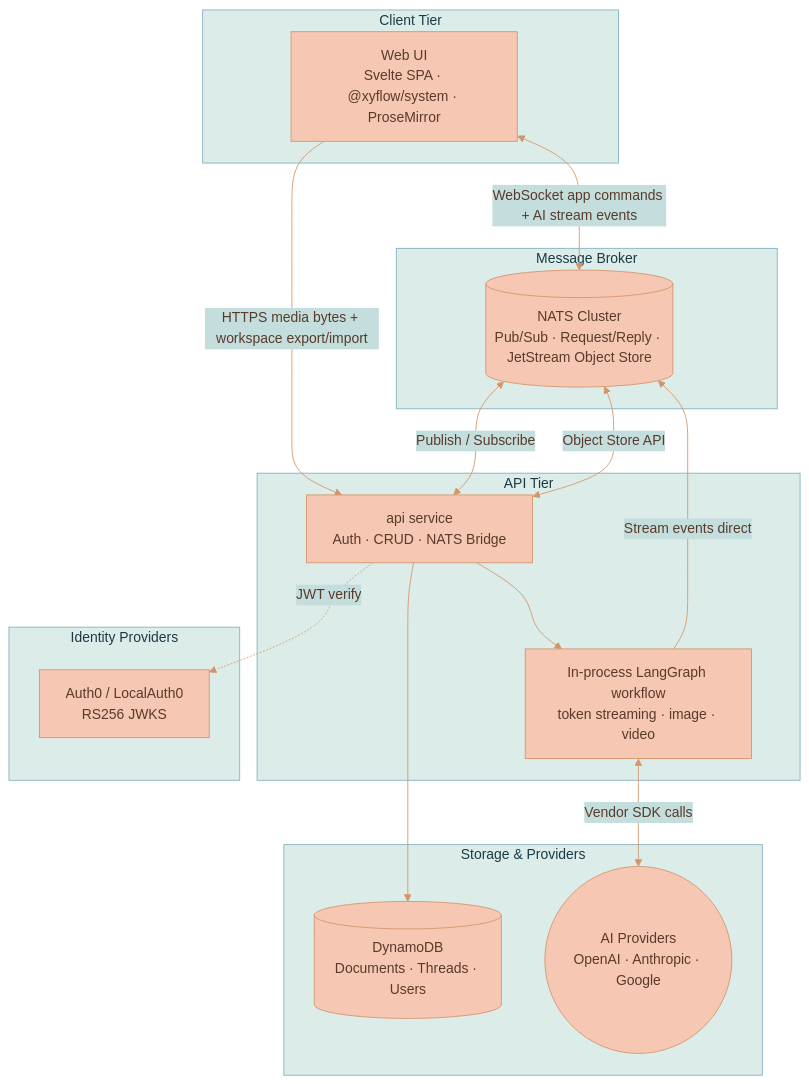
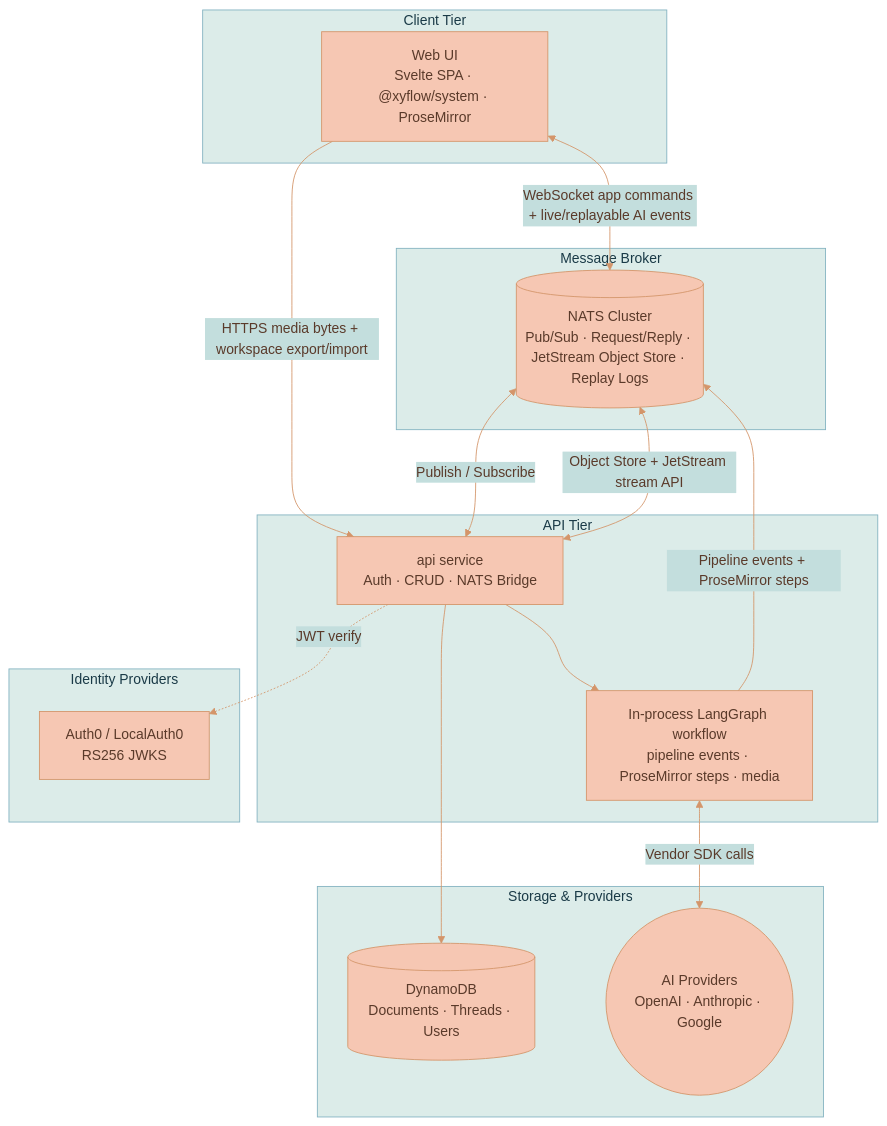
The first of 2 diagrams in documentation/platform/SYSTEM-ARCHITECTURE.md (Lixpi/lixpi), drawn with Mermaid before and after one commit. The commit also changed other lines of this file and 61 other files, not shown here.

Commit message:
LIX-283 # bug fixing for restoring stream from JetStream, documentation and tests

````diff
--- a/documentation/platform/SYSTEM-ARCHITECTURE.md
+++ b/documentation/platform/SYSTEM-ARCHITECTURE.md
@@ -39,35 +39,35 @@
 ```mermaid
 %%{init: {'theme': 'base', 'themeVariables': { 'primaryColor': '#F6C7B3', 'primaryTextColor': '#5a3a2a', 'primaryBorderColor': '#d4956a', 'secondaryColor': '#C3DEDD', 'secondaryTextColor': '#1a3a47', 'secondaryBorderColor': '#4a8a9d', 'tertiaryColor': '#DCECE9', 'tertiaryTextColor': '#1a3a47', 'tertiaryBorderColor': '#82B2C0', 'lineColor': '#d4956a', 'textColor': '#5a3a2a'}}}%%
 graph TB
     subgraph Client["Client Tier"]
         UI["Web UI<br/>Svelte SPA · @xyflow/system · ProseMirror"]
     end
 
     subgraph Broker["Message Broker"]
-        NATS[("NATS Cluster<br/>Pub/Sub · Request/Reply · JetStream Object Store")]
+        NATS[("NATS Cluster<br/>Pub/Sub · Request/Reply · JetStream Object Store · Replay Logs")]
     end
 
     subgraph Backend["API Tier"]
         API["api service<br/>Auth · CRUD · NATS Bridge"]
-        LLM["In-process LangGraph workflow<br/>token streaming · image · video"]
+        LLM["In-process LangGraph workflow<br/>pipeline events · ProseMirror steps · media"]
     end
 
     subgraph Identity["Identity Providers"]
         Auth["Auth0 / LocalAuth0<br/>RS256 JWKS"]
     end
 
     subgraph Storage["Storage & Providers"]
         DDB[("DynamoDB<br/>Documents · Threads · Users")]
         Provider(("AI Providers<br/>OpenAI · Anthropic · Google"))
     end
 
-    UI <-->|WebSocket app commands + AI stream events| NATS
+    UI <-->|WebSocket app commands + live/replayable AI events| NATS
     UI -->|HTTPS media bytes + workspace export/import| API
     NATS <-->|Publish / Subscribe| API
     API --> LLM
     API --> DDB
-    API <-->|Object Store API| NATS
-    LLM -->|Stream events direct| NATS
+    API <-->|Object Store + JetStream stream API| NATS
+    LLM -->|Pipeline events + ProseMirror steps| NATS
     LLM <-->|Vendor SDK calls| Provider
     API -.->|JWT verify| Auth
 ```
````
